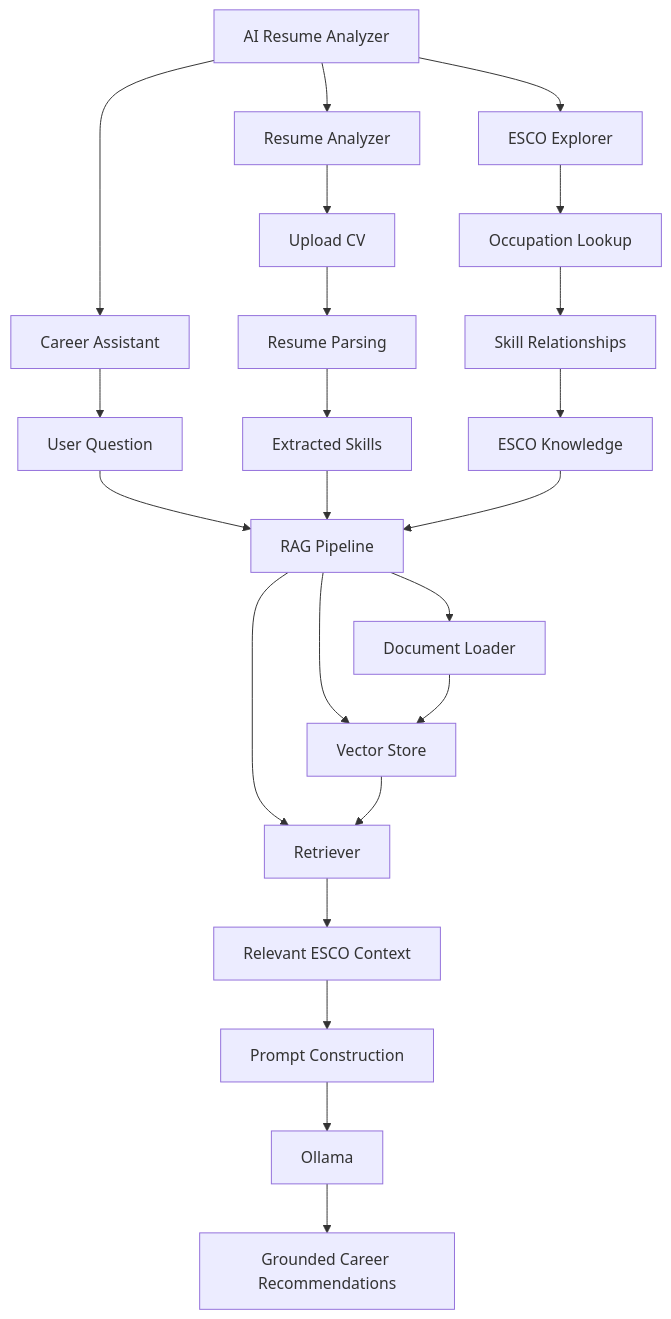
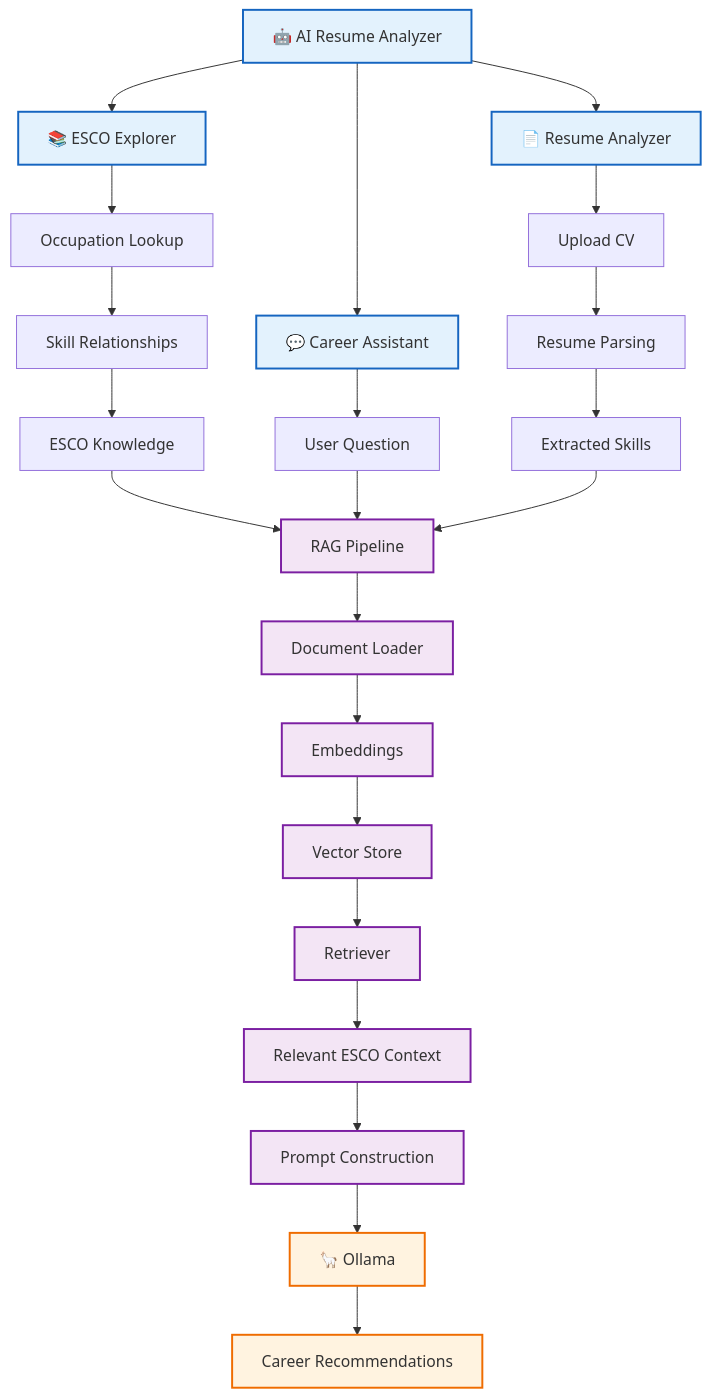
One commit to koncharman/resume_analyzer changed the diagram in README.md. Above: the diagram before and after it, drawn with Mermaid.

````diff
--- a/README.md
+++ b/README.md
@@ -11,35 +10,41 @@
 ```mermaid
 flowchart TD
 
-    A["AI Resume Analyzer"]
+    A["🤖 AI Resume Analyzer"]
 
-    A --> B["ESCO Explorer"]
-    A --> C["Career Assistant"]
-    A --> D["Resume Analyzer"]
+    A --> B["📚 ESCO Explorer"]
+    A --> C["💬 Career Assistant"]
+    A --> D["📄 Resume Analyzer"]
 
     B --> E["Occupation Lookup"]
     E --> F["Skill Relationships"]
+    F --> G["ESCO Knowledge"]
 
-    C --> G["User Question"]
+    C --> H["User Question"]
 
-    D --> H["Upload CV"]
-    H --> I["Resume Parsing"]
-    I --> J["Extracted Skills"]
+    D --> I["Upload CV"]
+    I --> J["Resume Parsing"]
+    J --> K["Extracted Skills"]
 
-    F --> K["ESCO Knowledge"]
     G --> L["RAG Pipeline"]
-    J --> L
+    H --> L
     K --> L
 
     L --> M["Document Loader"]
-    L --> N["Vector Store"]
-    L --> O["Retriever"]
+    M --> N["Embeddings"]
+    N --> O["Vector Store"]
+    O --> P["Retriever"]
 
-    M --> N
-    N --> O
+    P --> Q["Relevant ESCO Context"]
+    Q --> R["Prompt Construction"]
+    R --> S["🦙 Ollama"]
+    S --> T["Career Recommendations"]
 
-    O --> P["Relevant ESCO Context"]
-    P --> Q["Prompt Construction"]
-    Q --> R["Ollama"]
-    R --> S["Grounded Career Recommendations"]
+    classDef app fill:#e3f2fd,stroke:#1565c0,stroke-width:2px;
+    classDef rag fill:#f3e5f5,stroke:#7b1fa2,stroke-width:2px;
+    classDef llm fill:#fff3e0,stroke:#ef6c00,stroke-width:2px;
+
+    class A,B,C,D app;
+    class L,M,N,O,P,Q,R rag;
+    class S,T llm;
 ```
````
